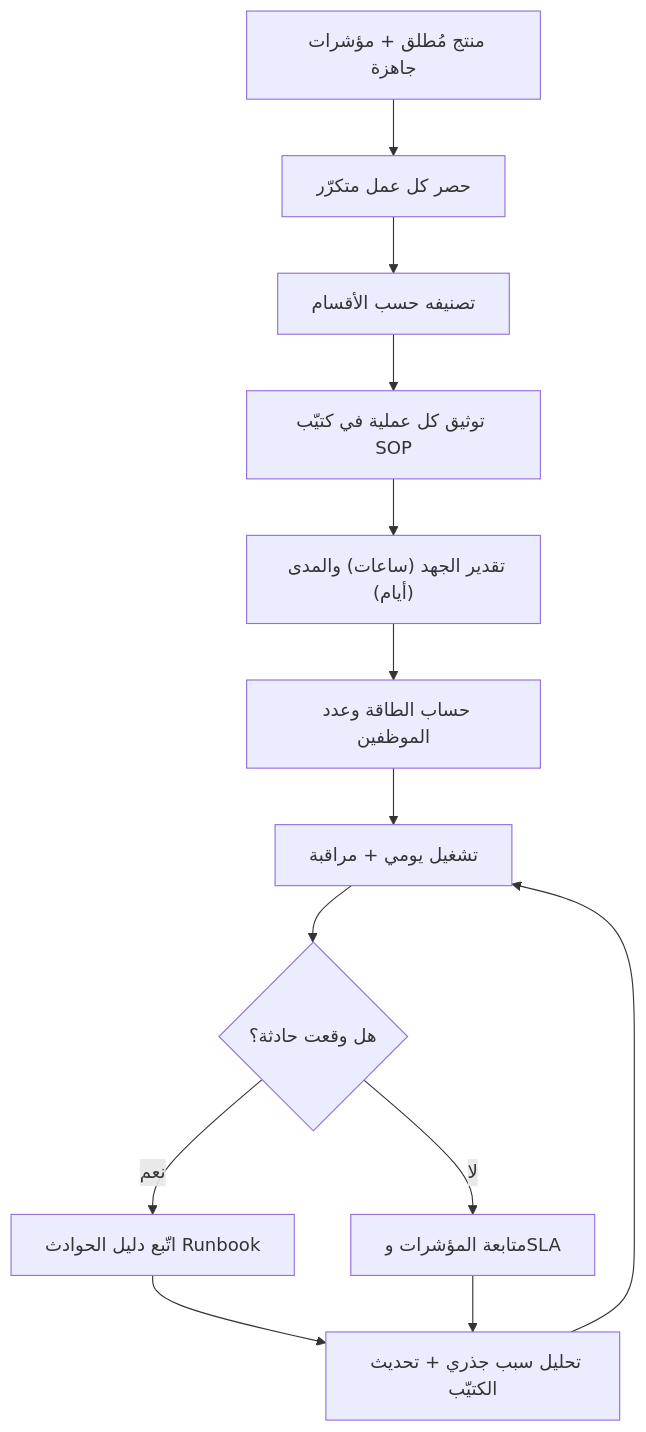
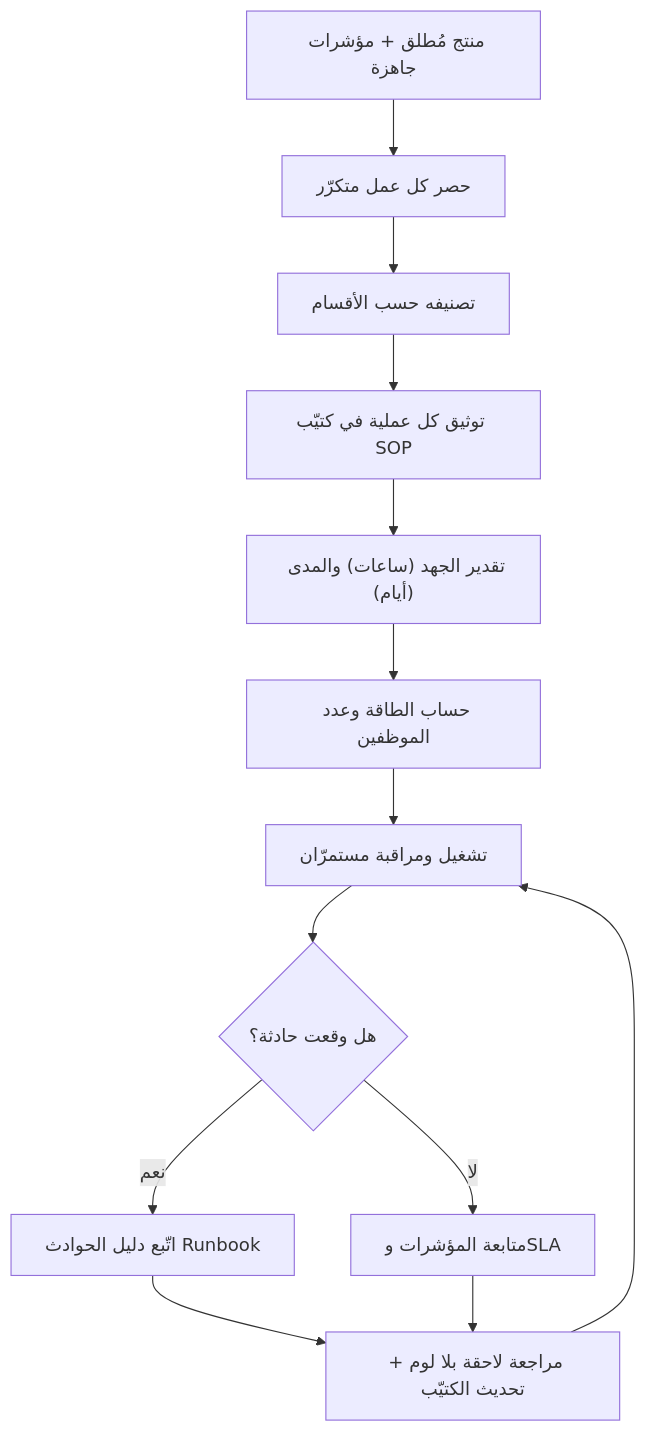
The third of 4 diagrams in content/دراسات الحالة/Afia Case Study/11 - العمليات.md (MohammedFattay/Project_Management_Notes), drawn with Mermaid before and after one commit. The commit also changed other lines of this file and 184 other files, not shown here.

````diff
--- a/content/دراسات الحالة/Afia Case Study/11 - العمليات.md
+++ b/content/دراسات الحالة/Afia Case Study/11 - العمليات.md
@@ -50,15 +149,15 @@
 ```mermaid
 flowchart TD
     A["منتج مُطلق + مؤشرات جاهزة"] --> B["حصر كل عمل متكرّر"]
     B --> C["تصنيفه حسب الأقسام"]
     C --> D["توثيق كل عملية في كتيّب SOP"]
     D --> E["تقدير الجهد (ساعات) والمدى (أيام)"]
     E --> F["حساب الطاقة وعدد الموظفين"]
-    F --> G["تشغيل يومي + مراقبة"]
+    F --> G["تشغيل ومراقبة مستمرّان"]
     G --> H{"هل وقعت حادثة؟"}
     H -->|"نعم"| I["اتّبع دليل الحوادث Runbook"]
     H -->|"لا"| J["متابعة المؤشرات وSLA"]
-    I --> K["تحليل سبب جذري + تحديث الكتيّب"]
+    I --> K["مراجعة لاحقة بلا لوم + تحديث الكتيّب"]
     J --> K
     K --> G
 ```
````
